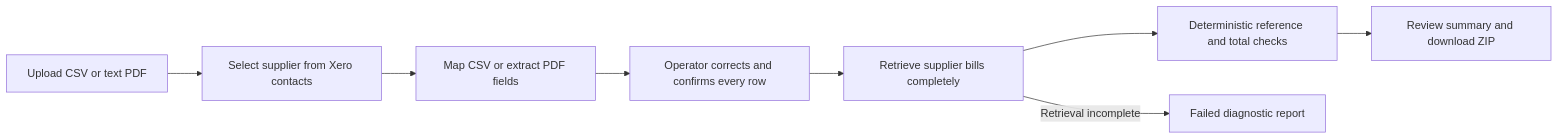
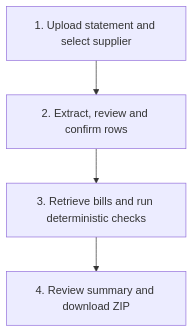
The diagram in README.md (KevinBjorv/xero-supplier-statement-checker), drawn with Mermaid before and after one commit.

Commit message:
docs: make the workflow diagram readable on mobile

````diff
--- a/README.md
+++ b/README.md
@@ -79,10 +79,8 @@
 ```mermaid
-flowchart LR
-    A[Upload CSV or text PDF] --> B[Select supplier from Xero contacts]
-    B --> C[Map CSV or extract PDF fields]
-    C --> D[Operator corrects and confirms every row]
-    D --> E[Retrieve supplier bills completely]
-    E --> F[Deterministic reference and total checks]
-    F --> G[Review summary and download ZIP]
-    E -->|Retrieval incomplete| H[Failed diagnostic report]
+flowchart TB
+    A[1. Upload statement and select supplier]
+    B[2. Extract, review and confirm rows]
+    C[3. Retrieve bills and run deterministic checks]
+    D[4. Review summary and download ZIP]
+    A --> B --> C --> D
 ```
````
